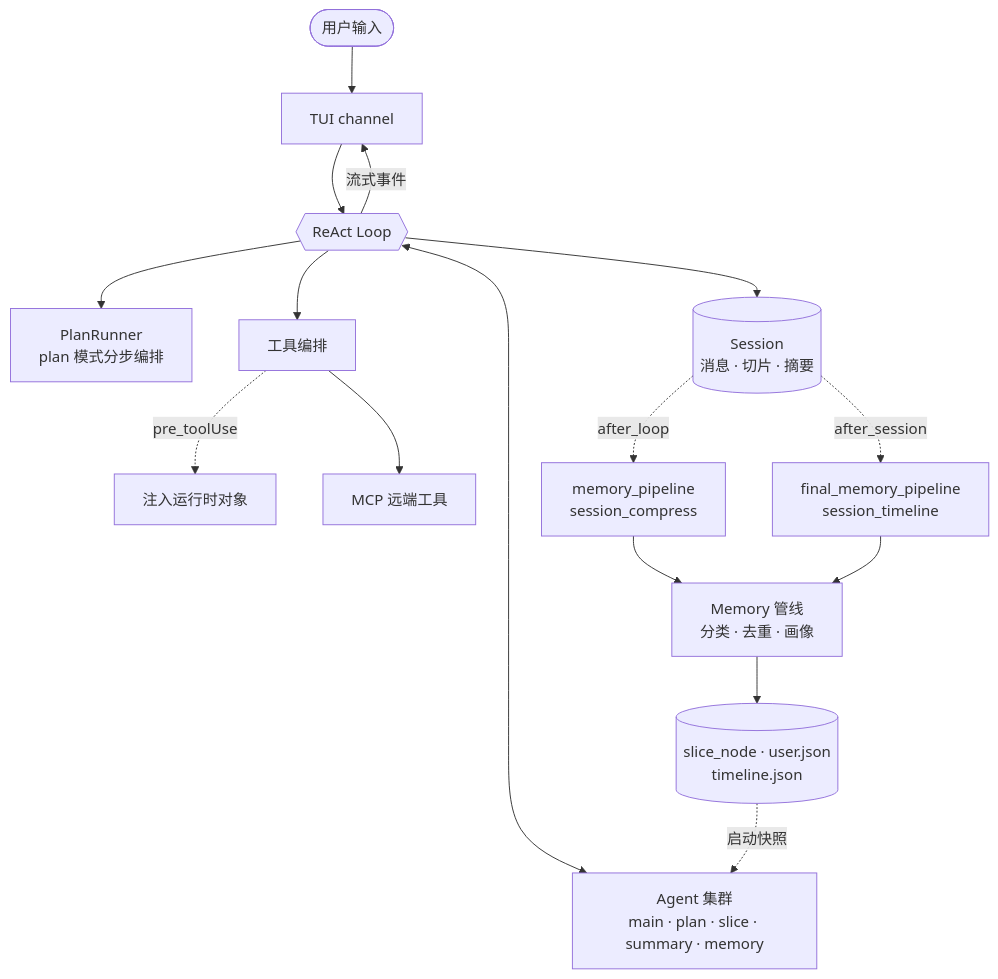
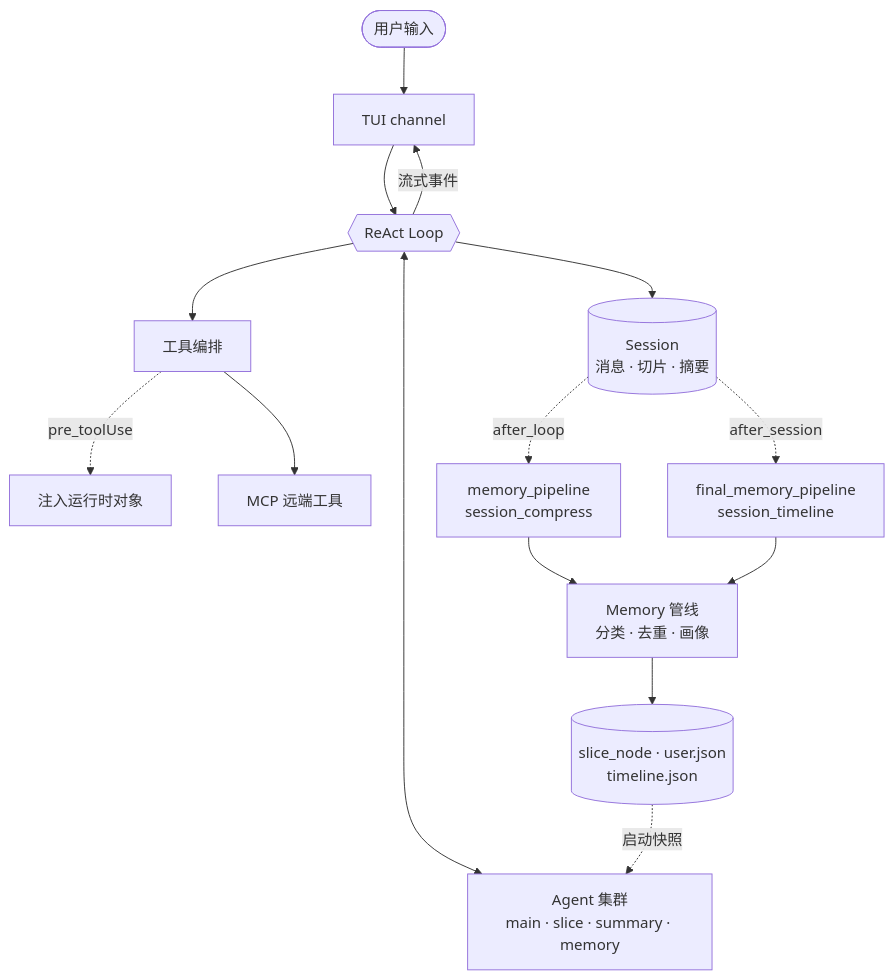
The first of 2 diagrams in README.md (Alear030/Alear030), drawn with Mermaid before and after one commit. The commit also changed other lines of this file and 40 other files, not shown here.

````diff
--- a/README.md
+++ b/README.md
@@ -96,18 +96,17 @@
 ```mermaid
 flowchart TB
     U([用户输入]) --> TUI[TUI channel]
     TUI --> LOOP{{ReAct Loop}}
-    LOOP <--> AG[Agent 集群<br/>main · plan · slice · summary · memory]
-    LOOP --> PR[PlanRunner<br/>plan 模式分步编排]
+    LOOP <--> AG[Agent 集群<br/>main · slice · summary · memory]
     LOOP --> TL[工具编排]
     TL -. pre_toolUse .-> INJ[注入运行时对象]
     TL --> MCP[MCP 远端工具]
     LOOP --> SE[(Session<br/>消息 · 切片 · 摘要)]
     SE -. after_loop .-> H1[memory_pipeline<br/>session_compress]
     SE -. after_session .-> H2[final_memory_pipeline<br/>session_timeline]
     H1 --> MEM[Memory 管线<br/>分类 · 去重 · 画像]
     H2 --> MEM
     MEM --> ST[(slice_node · user.json<br/>timeline.json)]
     ST -. 启动快照 .-> AG
     LOOP -->|流式事件| TUI
 ```
````
